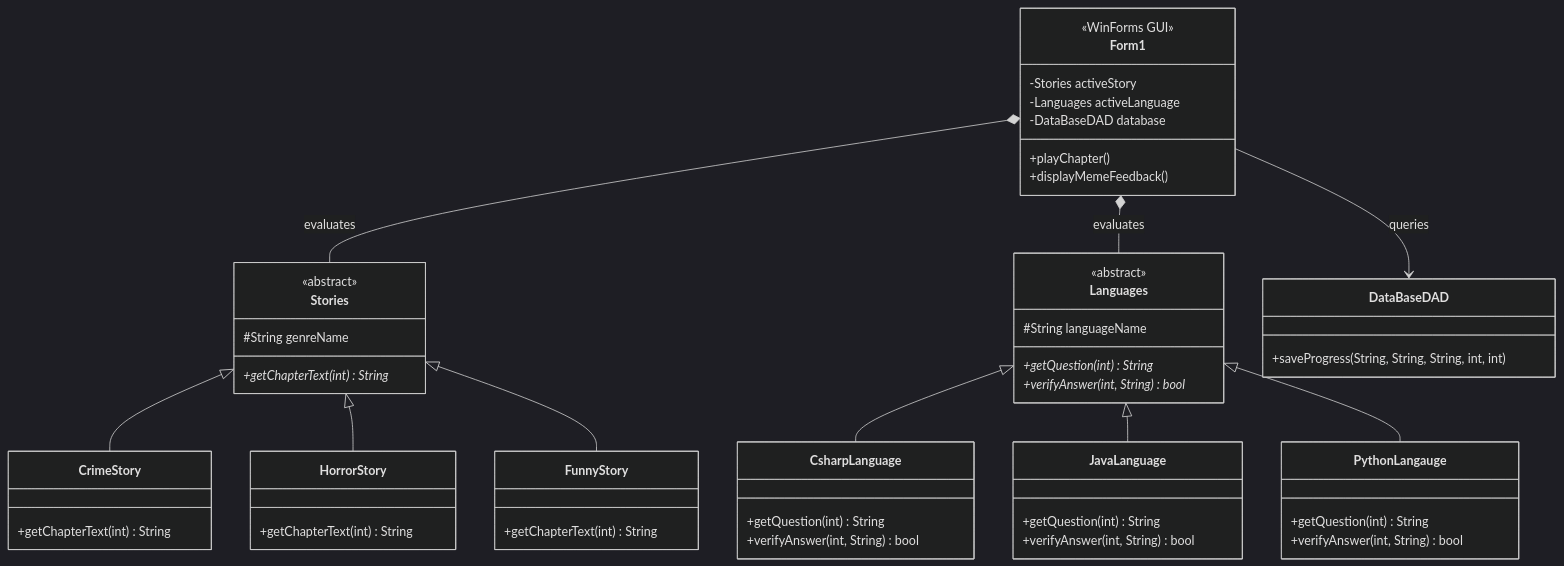
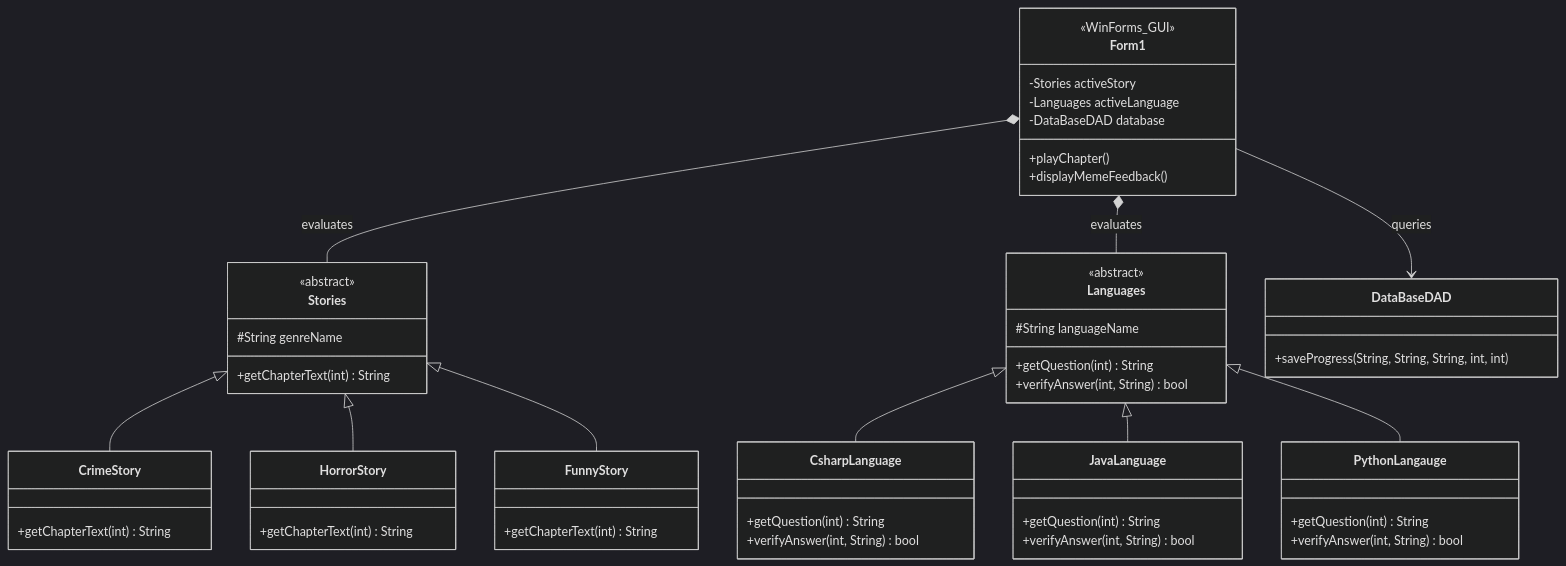
The diagram in README.md (asad594/Decode-And-Discover), drawn with Mermaid (dark theme) before and after one commit.

Commit message:
fix(docs): resolve Mermaid syntax error in class methods and stereotypes in README

````diff
--- a/README.md
+++ b/README.md
@@ -44,56 +44,56 @@
 ```mermaid
 classDiagram
     class Form1 {
-        <<WinForms GUI>>
+        <<WinForms_GUI>>
         -Stories activeStory
         -Languages activeLanguage
         -DataBaseDAD database
         +playChapter()
         +displayMemeFeedback()
     }
     class Stories {
         <<abstract>>
         #String genreName
-        +getChapterText(int)* String
+        +getChapterText(int) String
     }
     class CrimeStory {
         +getChapterText(int) String
     }
     class HorrorStory {
         +getChapterText(int) String
     }
     class FunnyStory {
         +getChapterText(int) String
     }
     class Languages {
         <<abstract>>
         #String languageName
-        +getQuestion(int)* String
-        +verifyAnswer(int, String)* bool
+        +getQuestion(int) String
+        +verifyAnswer(int, String) bool
     }
     class CsharpLanguage {
         +getQuestion(int) String
         +verifyAnswer(int, String) bool
     }
     class JavaLanguage {
         +getQuestion(int) String
         +verifyAnswer(int, String) bool
     }
     class PythonLangauge {
         +getQuestion(int) String
         +verifyAnswer(int, String) bool
     }
     class DataBaseDAD {
         +saveProgress(String, String, String, int, int)
     }
 
     Form1 *-- Stories : evaluates
     Form1 *-- Languages : evaluates
     Form1 --> DataBaseDAD : queries
     Stories <|-- CrimeStory
     Stories <|-- HorrorStory
     Stories <|-- FunnyStory
     Languages <|-- CsharpLanguage
     Languages <|-- JavaLanguage
     Languages <|-- PythonLangauge
 ```
````
